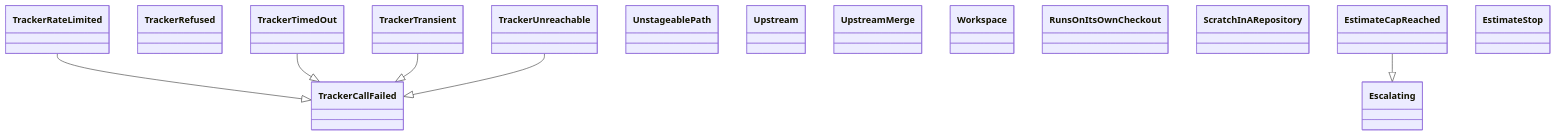
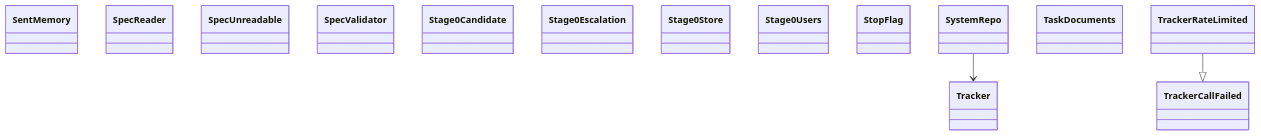
Before and after one commit to GonzaloZevallos/agentic-system: the diagram in docs/architecture/generated/classes-process-application-support-7.md, drawn with Mermaid. The commit also changed other lines of this file and 20 other files, not shown here.

Commit message:
Regenerate the architecture docs for the notifier ports and FilesystemNotified

````diff
--- a/docs/architecture/generated/classes-process-application-support-7.md
+++ b/docs/architecture/generated/classes-process-application-support-7.md
@@ -20,23 +21,19 @@
 ```mermaid
 classDiagram
+    class ports__SentMemory["SentMemory"]
+    class ports__SpecReader["SpecReader"]
+    class ports__SpecUnreadable["SpecUnreadable"]
+    class ports__SpecValidator["SpecValidator"]
+    class ports__Stage0Candidate["Stage0Candidate"]
+    class ports__Stage0Escalation["Stage0Escalation"]
+    class ports__Stage0Store["Stage0Store"]
+    class ports__Stage0Users["Stage0Users"]
+    class ports__StopFlag["StopFlag"]
+    class ports__SystemRepo["SystemRepo"]
+    class ports__TaskDocuments["TaskDocuments"]
+    class ports__Tracker["Tracker"]
     class ports__TrackerCallFailed["TrackerCallFailed"]
     class ports__TrackerRateLimited["TrackerRateLimited"]
-    class ports__TrackerRefused["TrackerRefused"]
-    class ports__TrackerTimedOut["TrackerTimedOut"]
-    class ports__TrackerTransient["TrackerTransient"]
-    class ports__TrackerUnreachable["TrackerUnreachable"]
-    class ports__UnstageablePath["UnstageablePath"]
-    class ports__Upstream["Upstream"]
-    class ports__UpstreamMerge["UpstreamMerge"]
-    class ports__Workspace["Workspace"]
-    class preflight__RunsOnItsOwnCheckout["RunsOnItsOwnCheckout"]
-    class preflight__ScratchInARepository["ScratchInARepository"]
-    class run_role__Escalating["Escalating"]
-    class run_role__EstimateCapReached["EstimateCapReached"]
-    class run_role__EstimateStop["EstimateStop"]
+    ports__SystemRepo --> ports__Tracker
     ports__TrackerRateLimited --|> ports__TrackerCallFailed
-    ports__TrackerTimedOut --|> ports__TrackerCallFailed
-    ports__TrackerTransient --|> ports__TrackerCallFailed
-    ports__TrackerUnreachable --|> ports__TrackerCallFailed
-    run_role__EstimateCapReached --|> run_role__Escalating
 ```
````
